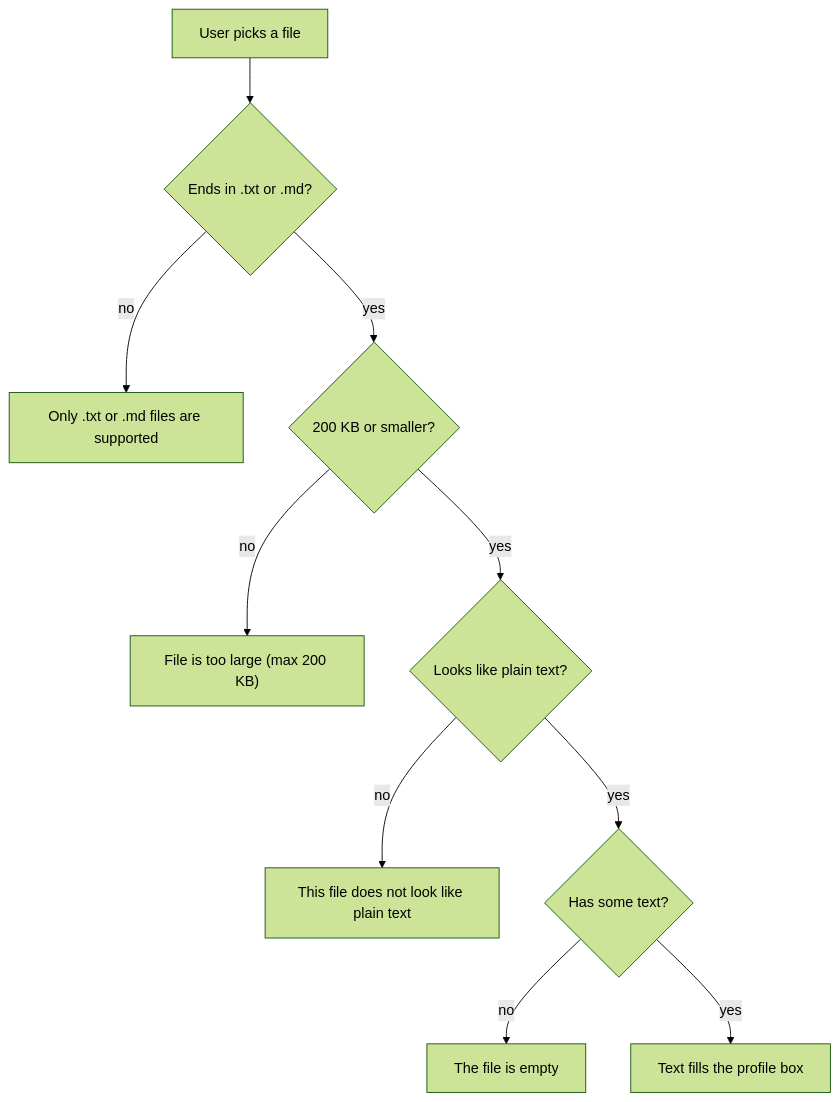
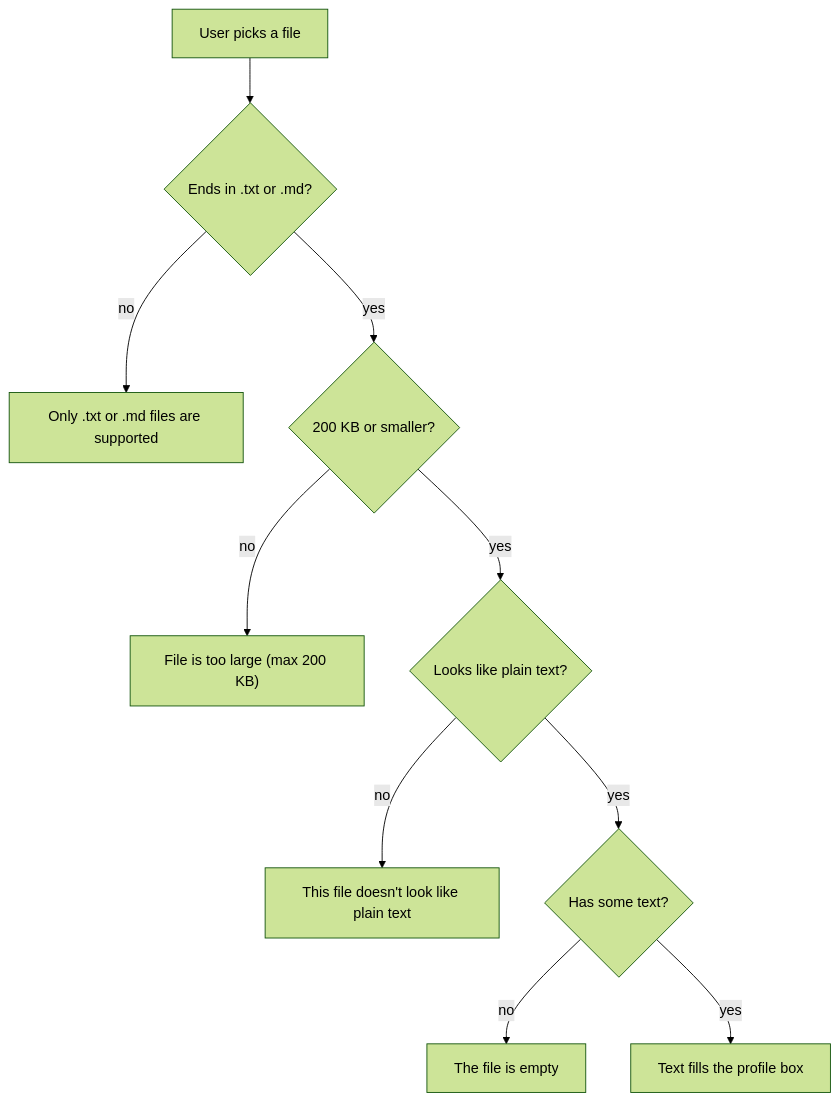
One commit to Pratyush1506/rfq-scorer changed the second of 5 diagrams in docs/HOW_IT_WORKS.md. Above: the diagram before and after it, drawn with Mermaid (forest theme). The commit also changed other lines of this file and 1 other file, not shown here.

````diff
--- a/docs/HOW_IT_WORKS.md
+++ b/docs/HOW_IT_WORKS.md
@@ -158,12 +160,12 @@
 ```mermaid
 flowchart TD
     start["User picks a file"] --> c1{"Ends in .txt or .md?"}
     c1 -- no --> e1["Only .txt or .md files are supported"]
     c1 -- yes --> c2{"200 KB or smaller?"}
     c2 -- no --> e2["File is too large (max 200 KB)"]
     c2 -- yes --> c3{"Looks like plain text?"}
-    c3 -- no --> e3["This file does not look like plain text"]
+    c3 -- no --> e3["This file doesn't look like plain text"]
     c3 -- yes --> c4{"Has some text?"}
     c4 -- no --> e4["The file is empty"]
     c4 -- yes --> ok["Text fills the profile box"]
 ```
````
